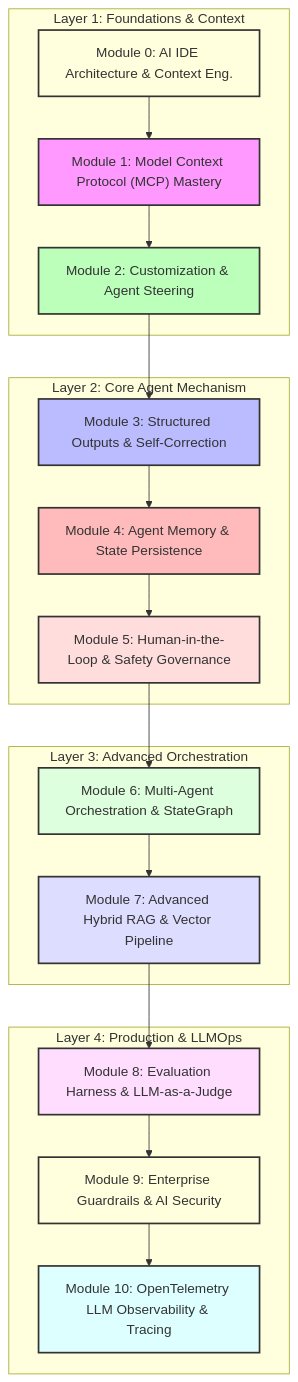
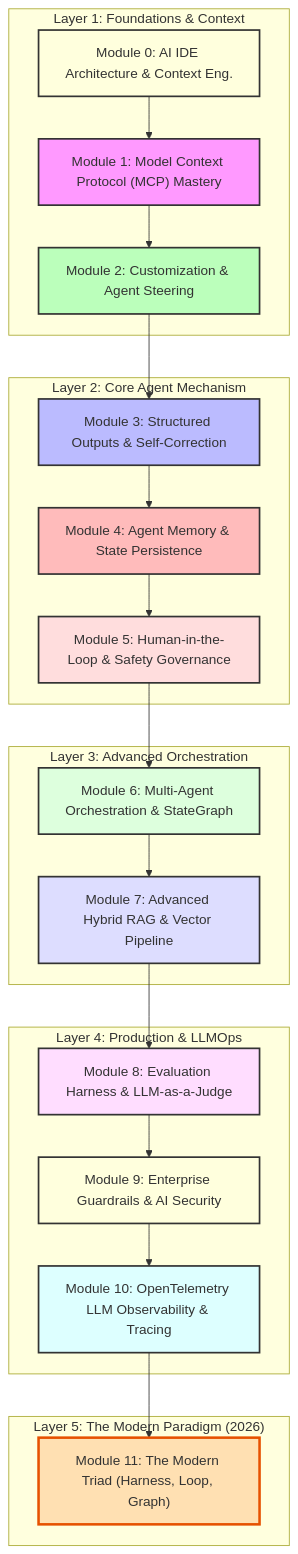
Before and after one commit to eooiea/AI-Engineering: the diagram in curriculum.md, drawn with Mermaid. The commit also changed other lines of this file and 7 other files, not shown here.

````diff
--- a/curriculum.md
+++ b/curriculum.md
@@ -9,39 +9,44 @@
 ```mermaid
 graph TD
     subgraph "Layer 1: Foundations & Context"
         M0["Module 0: AI IDE Architecture & Context Eng."]
         M1["Module 1: Model Context Protocol (MCP) Mastery"]
         M2["Module 2: Customization & Agent Steering"]
     end
     
     subgraph "Layer 2: Core Agent Mechanism"
         M3["Module 3: Structured Outputs & Self-Correction"]
         M4["Module 4: Agent Memory & State Persistence"]
         M5["Module 5: Human-in-the-Loop & Safety Governance"]
     end
     
     subgraph "Layer 3: Advanced Orchestration"
         M6["Module 6: Multi-Agent Orchestration & StateGraph"]
         M7["Module 7: Advanced Hybrid RAG & Vector Pipeline"]
     end
     
     subgraph "Layer 4: Production & LLMOps"
         M8["Module 8: Evaluation Harness & LLM-as-a-Judge"]
         M9["Module 9: Enterprise Guardrails & AI Security"]
         M10["Module 10: OpenTelemetry LLM Observability & Tracing"]
     end
 
-    M0 --> M1 --> M2 --> M3 --> M4 --> M5 --> M6 --> M7 --> M8 --> M9 --> M10
+    subgraph "Layer 5: The Modern Paradigm (2026)"
+        M11["Module 11: The Modern Triad (Harness, Loop, Graph)"]
+    end
+
+    M0 --> M1 --> M2 --> M3 --> M4 --> M5 --> M6 --> M7 --> M8 --> M9 --> M10 --> M11
     
     style M0 fill:#ffd,stroke:#333,stroke-width:2px
     style M1 fill:#f9f,stroke:#333,stroke-width:2px
     style M2 fill:#bfb,stroke:#333,stroke-width:2px
     style M3 fill:#bbf,stroke:#333,stroke-width:2px
     style M4 fill:#fbb,stroke:#333,stroke-width:2px
     style M5 fill:#fdd,stroke:#333,stroke-width:2px
     style M6 fill:#dfd,stroke:#333,stroke-width:2px
     style M7 fill:#ddf,stroke:#333,stroke-width:2px
     style M8 fill:#fdf,stroke:#333,stroke-width:2px
     style M9 fill:#ffd,stroke:#333,stroke-width:2px
     style M10 fill:#dff,stroke:#333,stroke-width:2px
+    style M11 fill:#ffe0b2,stroke:#e65100,stroke-width:3px
 ```
````
